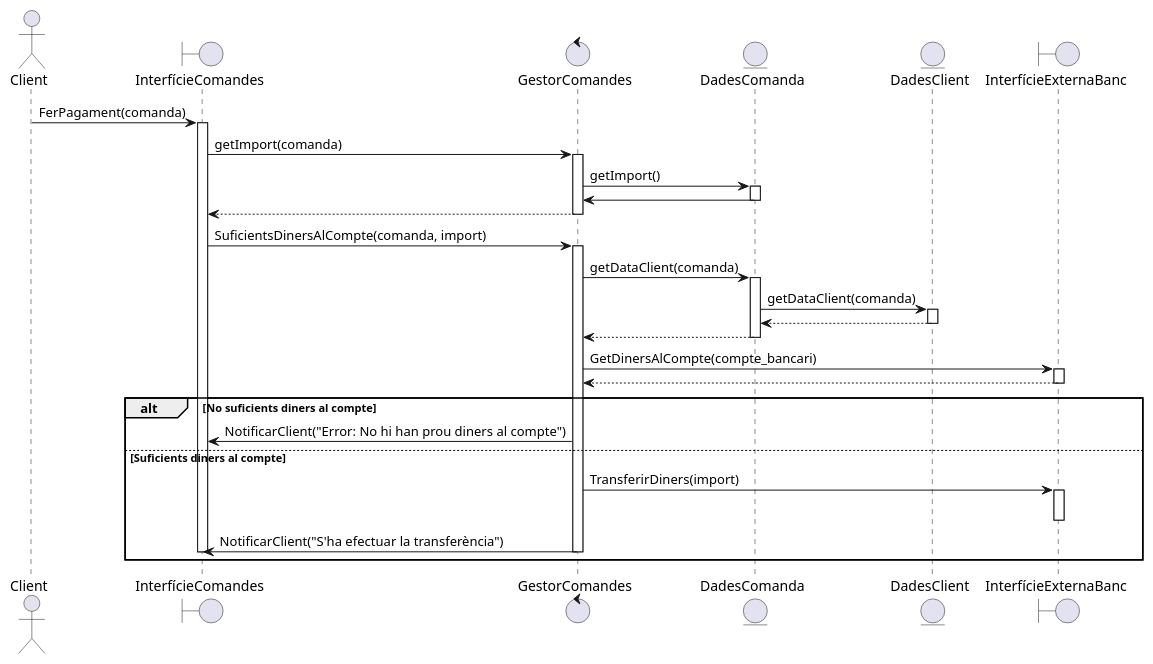
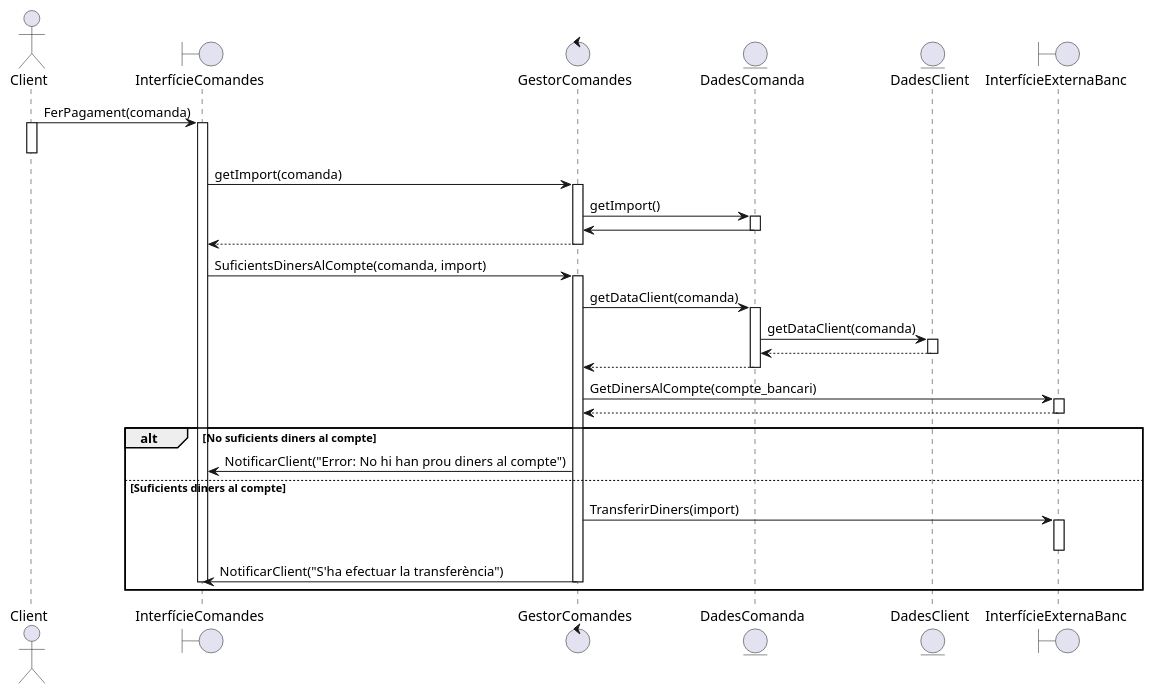
One commit to martipages/ES23UAB431-02 changed the diagram in documents/Diagrames i Especificacions/Seqüencia/seta/2 - fer pagament.puml. Above: the diagram before and after it, drawn with PlantUML. The commit also changed 26 other files, not shown here.

```diff
--- a/documents/Diagrames i Especificacions/Seqüencia/seta/2 - fer pagament.puml
+++ b/documents/Diagrames i Especificacions/Seqüencia/seta/2 - fer pagament.puml
@@ -1,44 +1,46 @@
 @startuml
 
 actor Client
 
 boundary InterfícieComandes
 
 control GestorComandes
 entity DadesComanda
 
 entity DadesClient
 
 boundary InterfícieExternaBanc
 
 
 Client -> InterfícieComandes++:FerPagament(comanda)
+Client++
+Client--
 InterfícieComandes -> GestorComandes++:getImport(comanda)
 GestorComandes -> DadesComanda++:getImport()
 DadesComanda -> GestorComandes--
 GestorComandes-->InterfícieComandes--
 
 'InterfícieComandes->GestorComptes++:FerPagament(import,client)
 InterfícieComandes->GestorComandes++:SuficientsDinersAlCompte(comanda, import)
 GestorComandes->DadesComanda++:getDataClient(comanda)
 
 DadesComanda->DadesClient++:getDataClient(comanda)
 DadesClient-->DadesComanda--
 DadesComanda-->GestorComandes--
 
 GestorComandes->InterfícieExternaBanc++:GetDinersAlCompte(compte_bancari)
 InterfícieExternaBanc-->GestorComandes--
 alt No suficients diners al compte
 GestorComandes -> InterfícieComandes: NotificarClient("Error: No hi han prou diners al compte")
 else Suficients diners al compte
 GestorComandes -> InterfícieExternaBanc++:TransferirDiners(import)
 InterfícieExternaBanc--
 GestorComandes ->InterfícieComandes--:NotificarClient("S'ha efectuar la transferència")
 InterfícieComandes--
 end
 
 
 
 
 
 @enduml
```
